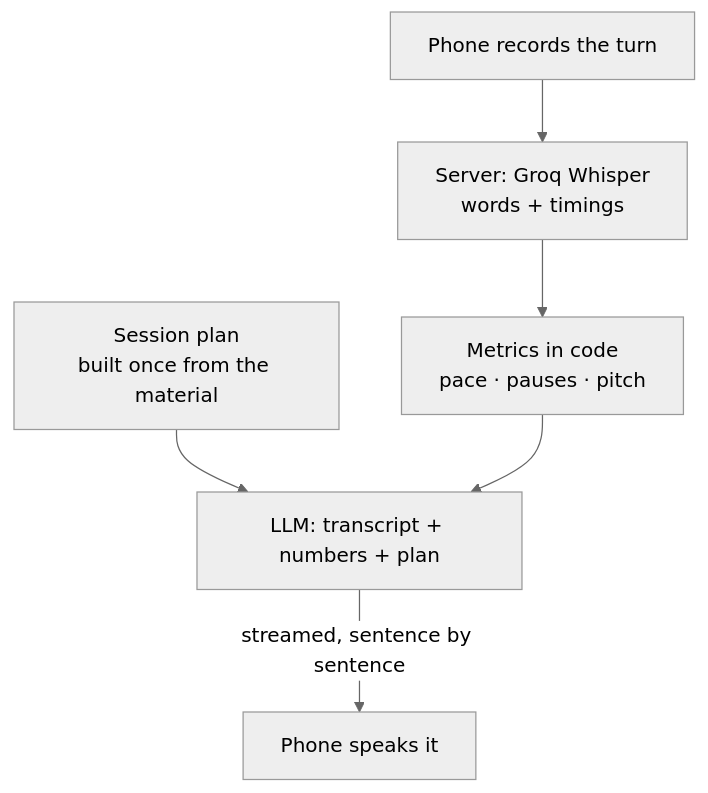
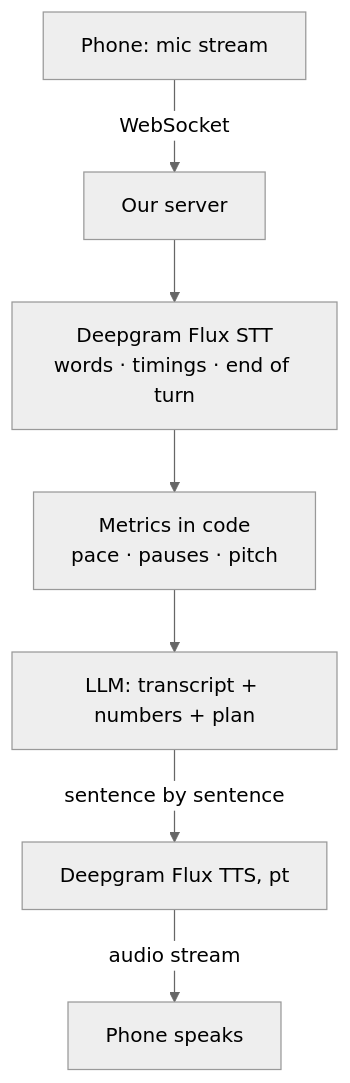
The first of 3 diagrams in product/research/2026-10-30-voice-pipeline/README.md (pietroid/vox), drawn with Mermaid (neutral theme) before and after one commit. The commit also changed other lines of this file and 4 other files, not shown here.

Commit message:
research(#1): fix · A fast STT TTS provider + pipeline

````diff
--- a/product/research/2026-10-30-voice-pipeline/README.md
+++ b/product/research/2026-10-30-voice-pipeline/README.md
@@ -16,8 +16,9 @@
 ```mermaid
 flowchart TD
-  A[Phone records the turn] --> B[Server: Groq Whisper<br/>words + timings]
+  A[Phone: mic stream] -->|WebSocket| S[Our server]
+  S --> B[Deepgram Flux STT<br/>words · timings · end of turn]
   B --> C[Metrics in code<br/>pace · pauses · pitch]:::key
-  P[Session plan<br/>built once from the material] --> D
   C --> D[LLM: transcript + numbers + plan]
-  D -->|streamed, sentence by sentence| E[Phone speaks it]
+  D -->|sentence by sentence| T[Deepgram Flux TTS, pt]
+  T -->|audio stream| E[Phone speaks]
 ```
````
